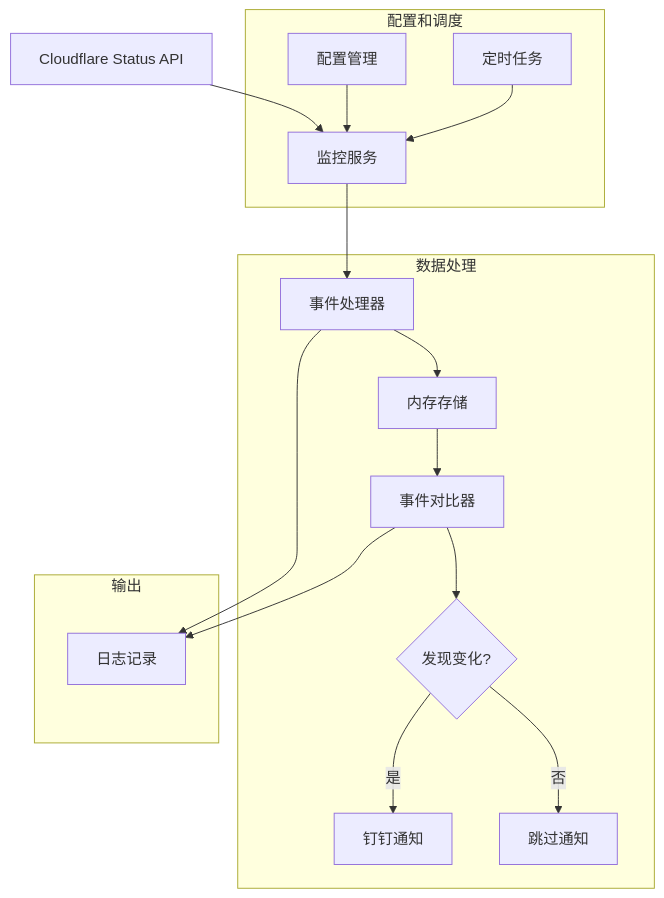
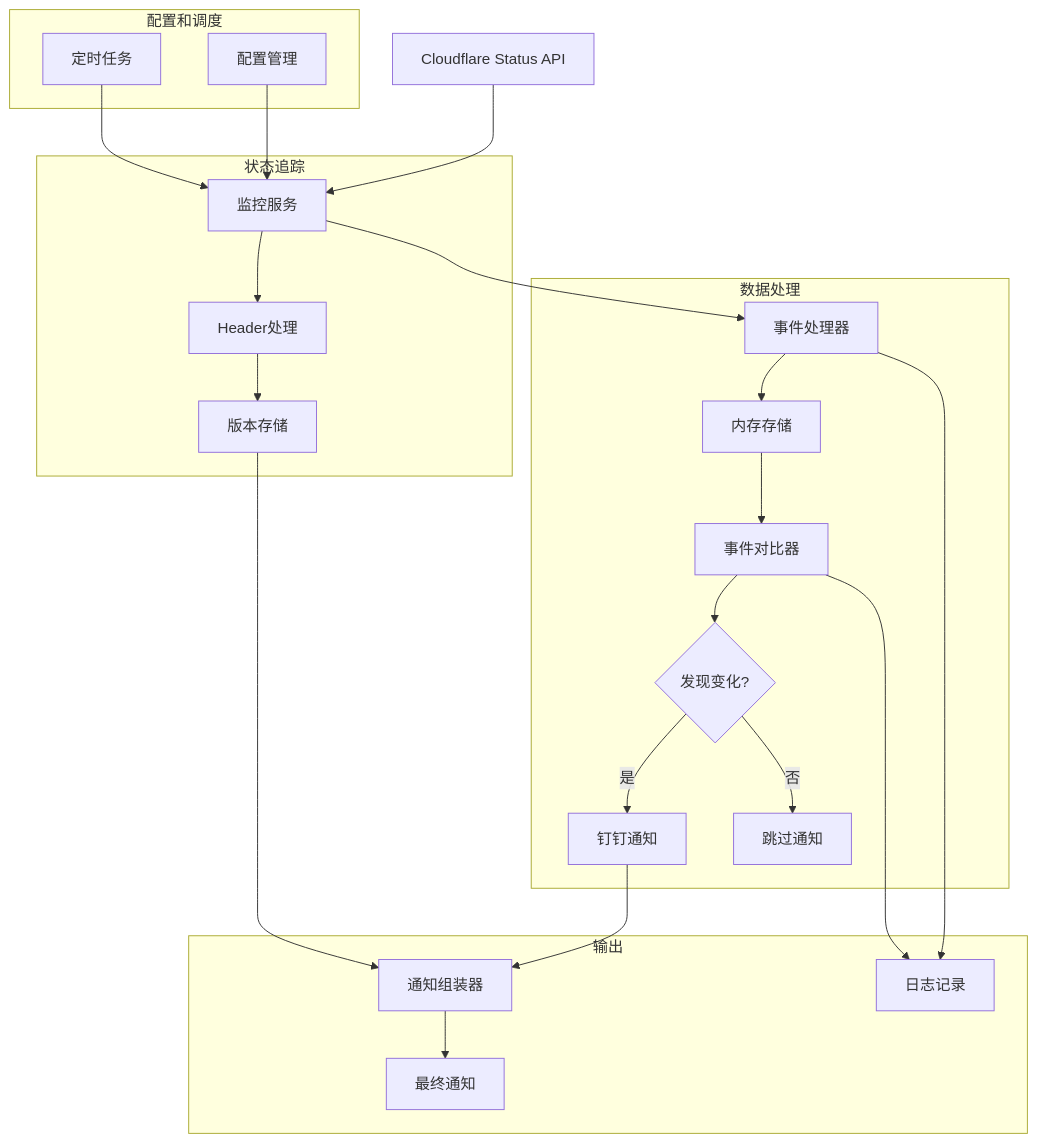
One commit to bytebitgo/Get-Cf-status changed the first of 3 diagrams in README.md. Above: the diagram before and after it, drawn with Mermaid. The commit also changed other lines of this file and 1 other file, not shown here.

Commit message:
更新README.md，添加状态追踪和版本追踪相关内容，完善数据处理流程图，调整组件描述以反映最新功能。

````diff
--- a/README.md
+++ b/README.md
@@ -7,26 +7,33 @@
 ```mermaid
 graph TD
     A[Cloudflare Status API] --> B[监控服务]
     B --> C[事件处理器]
     
     subgraph 数据处理
     C --> D[内存存储]
     D --> E[事件对比器]
     E --> F{发现变化?}
     F -->|是| G[钉钉通知]
     F -->|否| H[跳过通知]
     end
     
+    subgraph 状态追踪
+    B --> I[Header处理]
+    I --> J[版本存储]
+    end
+    
     subgraph 配置和调度
-    I[配置管理] --> B
-    J[定时任务] --> B
+    K[配置管理] --> B
+    L[定时任务] --> B
     end
     
     subgraph 输出
-    G
-    K[日志记录]
+    G --> M[通知组装器]
+    J --> M
+    M --> N[最终通知]
+    O[日志记录]
     end
     
-    C --> K
-    E --> K
+    C --> O
+    E --> O
 ```
````
